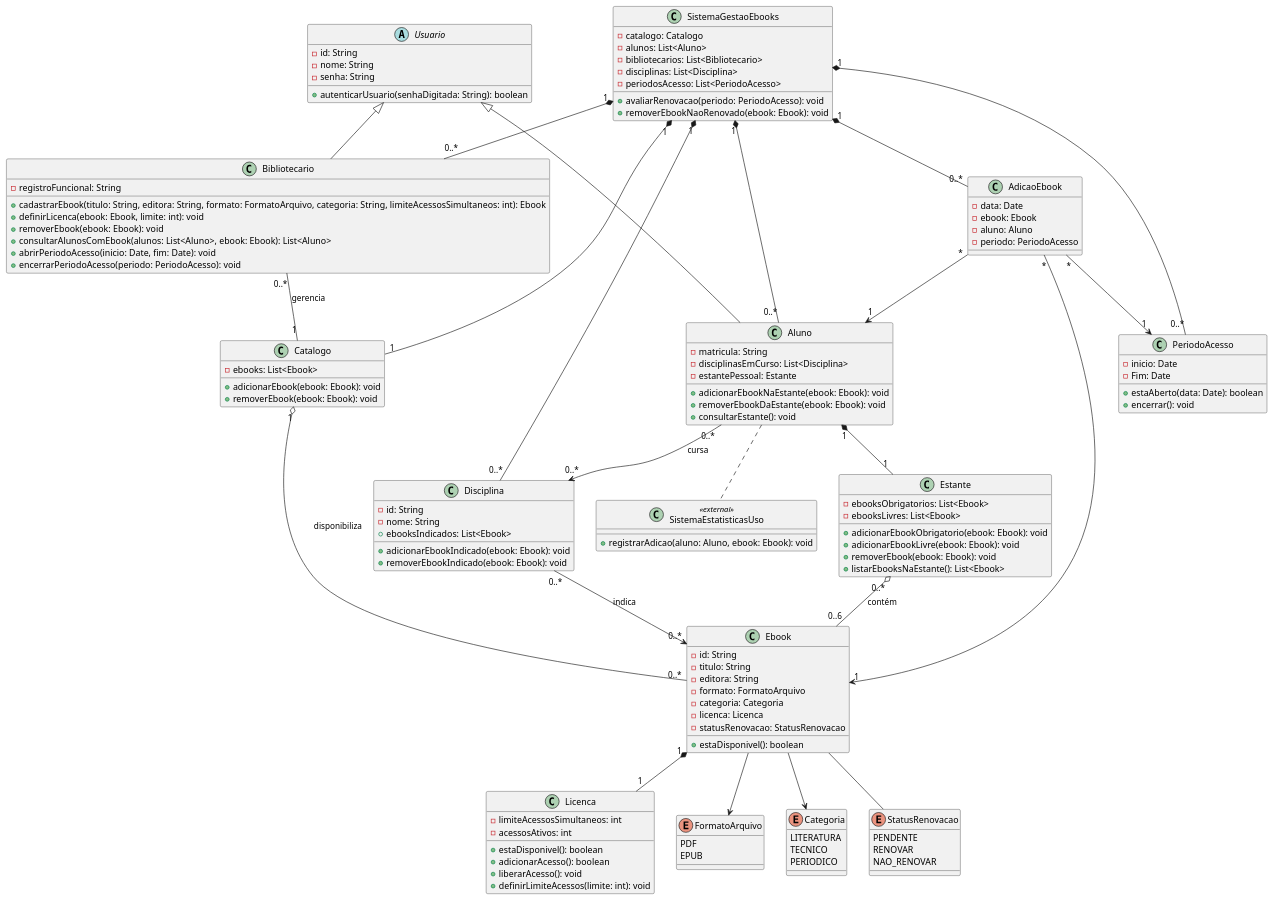
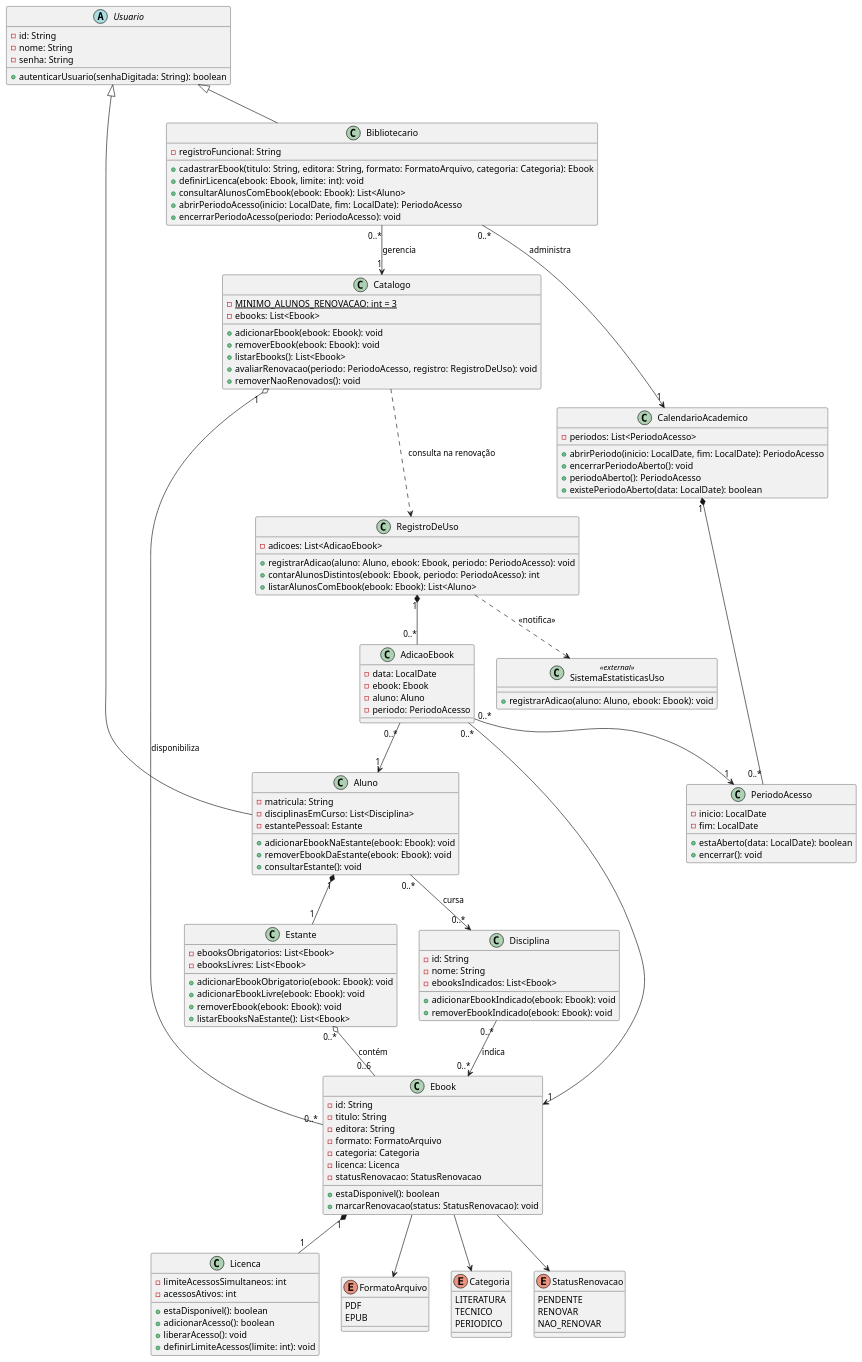
Before and after one commit to lucasnmc12/lab01-ebooks-biblioteca: the diagram in docs/diagramas/diagrama-de-classes.puml, drawn with PlantUML. The commit also changed 17 other files, not shown here.

```diff
--- a/docs/diagramas/diagrama-de-classes.puml
+++ b/docs/diagramas/diagrama-de-classes.puml
@@ -1,151 +1,187 @@
-@startuml
+@startuml diagrama_de_classes_ebooks
+
+' ---------------------------------------------------------------
+' Sistema de Gestao de eBooks da Biblioteca Universitaria
+' Lab01S02 - Diagrama de Classes
+'
+' Responsaveis:
+'   Pedro Resende ...... Usuario, Aluno, Estante, Disciplina
+'                        (agregacao Aluno / Estante / Ebook)
+'   Lucas Nogueira ..... Bibliotecario, Catalogo, Ebook, Licenca,
+'                        PeriodoAcesso, CalendarioAcademico,
+'                        RegistroDeUso, AdicaoEbook e os enums
+'                        (agregacao do acervo)
+' ---------------------------------------------------------------
+
+skinparam shadowing false
+
+' ============================ ACESSO ============================
 
 abstract class Usuario {
     -id: String
     -nome: String
     -senha: String
     +autenticarUsuario(senhaDigitada: String): boolean
 }
 
+' ======================= ESTANTE DO ALUNO =======================
+
 class Aluno {
     -matricula: String
     -disciplinasEmCurso: List<Disciplina>
     -estantePessoal: Estante
     +adicionarEbookNaEstante(ebook: Ebook): void
     +removerEbookDaEstante(ebook: Ebook): void
     +consultarEstante(): void
-}
-
-class Bibliotecario {
-    -registroFuncional: String
-    +cadastrarEbook(titulo: String, editora: String, formato: FormatoArquivo, categoria: String, limiteAcessosSimultaneos: int): Ebook
-    +definirLicenca(ebook: Ebook, limite: int): void
-    +removerEbook(ebook: Ebook): void
-    +consultarAlunosComEbook(alunos: List<Aluno>, ebook: Ebook): List<Aluno>
-    +abrirPeriodoAcesso(inicio: Date, fim: Date): void
-    +encerrarPeriodoAcesso(periodo: PeriodoAcesso): void
-}
-
-class Ebook {
-    -id: String
-    -titulo: String
-    -editora: String
-    -formato: FormatoArquivo
-    -categoria: Categoria
-    -licenca: Licenca
-    -statusRenovacao: StatusRenovacao
-    +estaDisponivel(): boolean
-}
-
-class Licenca {
-    -limiteAcessosSimultaneos: int
-    -acessosAtivos: int
-    +estaDisponivel(): boolean
-    +adicionarAcesso(): boolean
-    +liberarAcesso(): void
-    +definirLimiteAcessos(limite: int): void
 }
 
 class Estante {
     -ebooksObrigatorios: List<Ebook>
     -ebooksLivres: List<Ebook>
     +adicionarEbookObrigatorio(ebook: Ebook): void
     +adicionarEbookLivre(ebook: Ebook): void
     +removerEbook(ebook: Ebook): void
     +listarEbooksNaEstante(): List<Ebook>
 }
 
 class Disciplina {
     -id: String
     -nome: String
-    +ebooksIndicados: List<Ebook>
+    -ebooksIndicados: List<Ebook>
     +adicionarEbookIndicado(ebook: Ebook): void
     +removerEbookIndicado(ebook: Ebook): void
 }
 
+' ======================= GESTAO DO ACERVO =======================
+
+class Bibliotecario {
+    -registroFuncional: String
+    +cadastrarEbook(titulo: String, editora: String, formato: FormatoArquivo, categoria: Categoria): Ebook
+    +definirLicenca(ebook: Ebook, limite: int): void
+    +consultarAlunosComEbook(ebook: Ebook): List<Aluno>
+    +abrirPeriodoAcesso(inicio: LocalDate, fim: LocalDate): PeriodoAcesso
+    +encerrarPeriodoAcesso(periodo: PeriodoAcesso): void
+}
+
+class Ebook {
+    -id: String
+    -titulo: String
+    -editora: String
+    -formato: FormatoArquivo
+    -categoria: Categoria
+    -licenca: Licenca
+    -statusRenovacao: StatusRenovacao
+    +estaDisponivel(): boolean
+    +marcarRenovacao(status: StatusRenovacao): void
+}
+
+class Licenca {
+    -limiteAcessosSimultaneos: int
+    -acessosAtivos: int
+    +estaDisponivel(): boolean
+    +adicionarAcesso(): boolean
+    +liberarAcesso(): void
+    +definirLimiteAcessos(limite: int): void
+}
+
+' O catalogo detem a lista de eBooks do semestre, entao e ele quem
+' avalia a renovacao e remove os titulos nao renovados.
 class Catalogo {
+    -{static} MINIMO_ALUNOS_RENOVACAO: int = 3
     -ebooks: List<Ebook>
     +adicionarEbook(ebook: Ebook): void
     +removerEbook(ebook: Ebook): void
+    +listarEbooks(): List<Ebook>
+    +avaliarRenovacao(periodo: PeriodoAcesso, registro: RegistroDeUso): void
+    +removerNaoRenovados(): void
 }
+
+class PeriodoAcesso {
+    -inicio: LocalDate
+    -fim: LocalDate
+    +estaAberto(data: LocalDate): boolean
+    +encerrar(): void
+}
+
+' Guarda os periodos do semestre e garante que so um fique aberto.
+class CalendarioAcademico {
+    -periodos: List<PeriodoAcesso>
+    +abrirPeriodo(inicio: LocalDate, fim: LocalDate): PeriodoAcesso
+    +encerrarPeriodoAberto(): void
+    +periodoAberto(): PeriodoAcesso
+    +existePeriodoAberto(data: LocalDate): boolean
+}
+
+' ===================== REGISTRO E ESTATISTICAS ==================
+
+class AdicaoEbook {
+    -data: LocalDate
+    -ebook: Ebook
+    -aluno: Aluno
+    -periodo: PeriodoAcesso
+}
+
+' Detem o historico de adicoes, entao e ele quem responde quantos
+' alunos distintos ficaram com um titulo e quem notifica as
+' estatisticas de uso.
+class RegistroDeUso {
+    -adicoes: List<AdicaoEbook>
+    +registrarAdicao(aluno: Aluno, ebook: Ebook, periodo: PeriodoAcesso): void
+    +contarAlunosDistintos(ebook: Ebook, periodo: PeriodoAcesso): int
+    +listarAlunosComEbook(ebook: Ebook): List<Aluno>
+}
+
+class SistemaEstatisticasUso <<external>> {
+    +registrarAdicao(aluno: Aluno, ebook: Ebook): void
+}
+
+' ============================= ENUMS ============================
 
 enum FormatoArquivo {
     PDF
     EPUB
 }
 
 enum Categoria {
     LITERATURA
     TECNICO
     PERIODICO
 }
 
 enum StatusRenovacao {
     PENDENTE
     RENOVAR
     NAO_RENOVAR
 }
 
-class SistemaEstatisticasUso <<external>> {
-    +registrarAdicao(aluno: Aluno, ebook: Ebook): void
-}
-
-class PeriodoAcesso {
-    -inicio: Date
-    -Fim: Date
-    +estaAberto(data: Date): boolean
-    +encerrar(): void
-}
-
-class SistemaGestaoEbooks {
-    -catalogo: Catalogo
-    -alunos: List<Aluno>
-    -bibliotecarios: List<Bibliotecario>
-    -disciplinas: List<Disciplina>
-    -periodosAcesso: List<PeriodoAcesso>
-    +avaliarRenovacao(periodo: PeriodoAcesso): void
-    +removerEbookNaoRenovado(ebook: Ebook): void
-}
-
-class AdicaoEbook {
-    -data: Date
-    -ebook: Ebook
-    -aluno: Aluno
-    -periodo: PeriodoAcesso
-}
-
-SistemaGestaoEbooks "1" *-- "0..*" Aluno
-SistemaGestaoEbooks "1" *-- "0..*" Bibliotecario
-SistemaGestaoEbooks "1" *-- "0..*" Disciplina
-SistemaGestaoEbooks "1" *-- "0..*" PeriodoAcesso
-SistemaGestaoEbooks "1" *-- "1" Catalogo
-
-SistemaGestaoEbooks "1" *-- "0..*" AdicaoEbook
-
-AdicaoEbook "*" --> "1" Aluno
-AdicaoEbook "*" --> "1" Ebook
-AdicaoEbook "*" --> "1" PeriodoAcesso
+' ========================= RELACIONAMENTOS ======================
 
 Usuario <|-- Aluno
 Usuario <|-- Bibliotecario
 
 Aluno "1" *-- "1" Estante
 Estante "0..*" o-- "0..6" Ebook : contém
-
-Bibliotecario "0..*" -- "1" Catalogo : gerencia
-
-Ebook "1" *-- "1" Licenca
-
+Aluno "0..*" --> "0..*" Disciplina : cursa
 Disciplina "0..*" --> "0..*" Ebook : indica
 
 Catalogo "1" o-- "0..*" Ebook : disponibiliza
-
-Aluno "0..*" --> "0..*" Disciplina : cursa
-
-Aluno .. SistemaEstatisticasUso
+Ebook "1" *-- "1" Licenca
 
 Ebook --> FormatoArquivo
 Ebook --> Categoria
-Ebook -- StatusRenovacao
+Ebook --> StatusRenovacao
+
+CalendarioAcademico "1" *-- "0..*" PeriodoAcesso
+
+Bibliotecario "0..*" --> "1" Catalogo : gerencia
+Bibliotecario "0..*" --> "1" CalendarioAcademico : administra
+
+RegistroDeUso "1" *-- "0..*" AdicaoEbook
+AdicaoEbook "0..*" --> "1" Aluno
+AdicaoEbook "0..*" --> "1" Ebook
+AdicaoEbook "0..*" --> "1" PeriodoAcesso
+
+Catalogo ..> RegistroDeUso : consulta na renovação
+RegistroDeUso ..> SistemaEstatisticasUso : <<notifica>>
 
 @enduml
```
